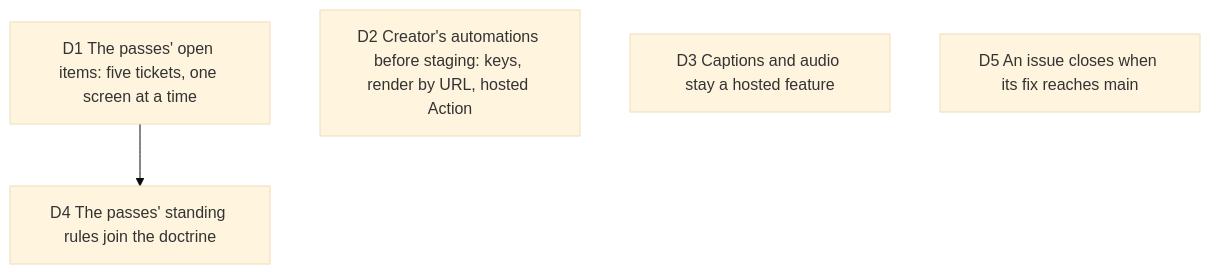
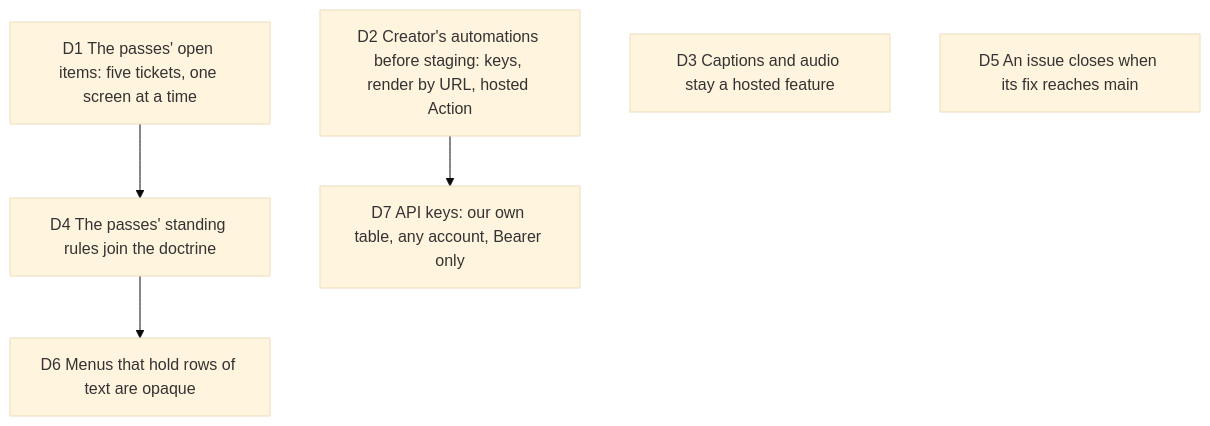
Before and after one commit to delhombre/typelapse: the diagram in docs/decisions/2026-10-05-next-wave.md, drawn with Mermaid (base theme). The commit also changed other lines of this file, not shown here.

Commit message:
docs(decisions): menus that hold text are opaque; how API keys are kept

````diff
--- a/docs/decisions/2026-10-05-next-wave.md
+++ b/docs/decisions/2026-10-05-next-wave.md
@@ -21,9 +21,11 @@
 ```mermaid
 flowchart TD
   D1["D1 The passes' open items: five tickets, one screen at a time"]
   D2["D2 Creator's automations before staging: keys, render by URL, hosted Action"]
   D3["D3 Captions and audio stay a hosted feature"]
   D4["D4 The passes' standing rules join the doctrine"]
   D5["D5 An issue closes when its fix reaches main"]
   D1 --> D4
+  D4 --> D6["D6 Menus that hold rows of text are opaque"]
+  D2 --> D7["D7 API keys: our own table, any account, Bearer only"]
 ```
````
